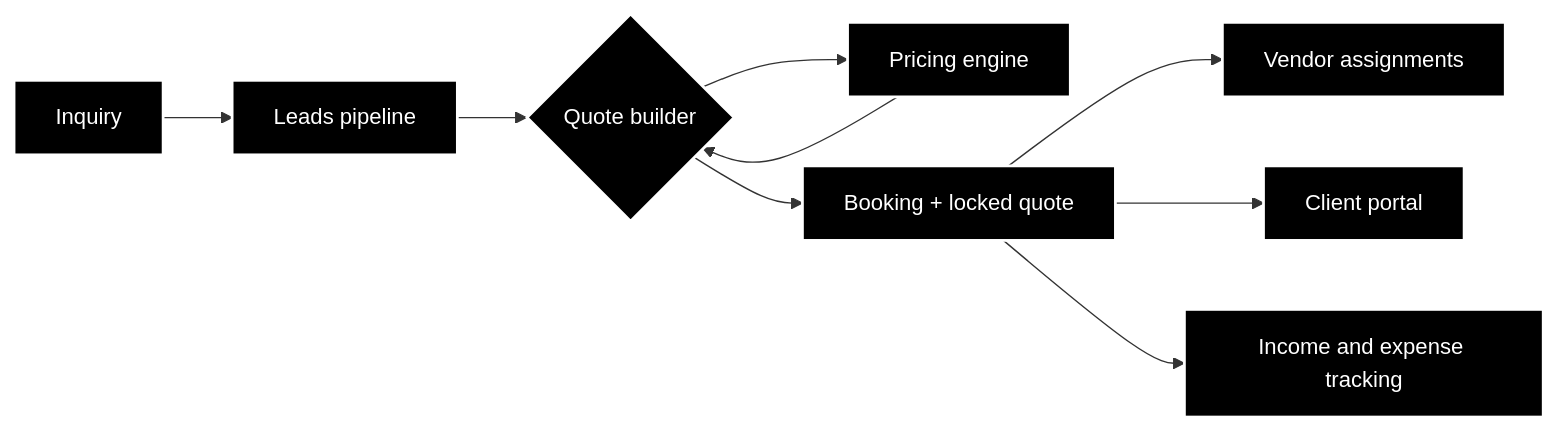
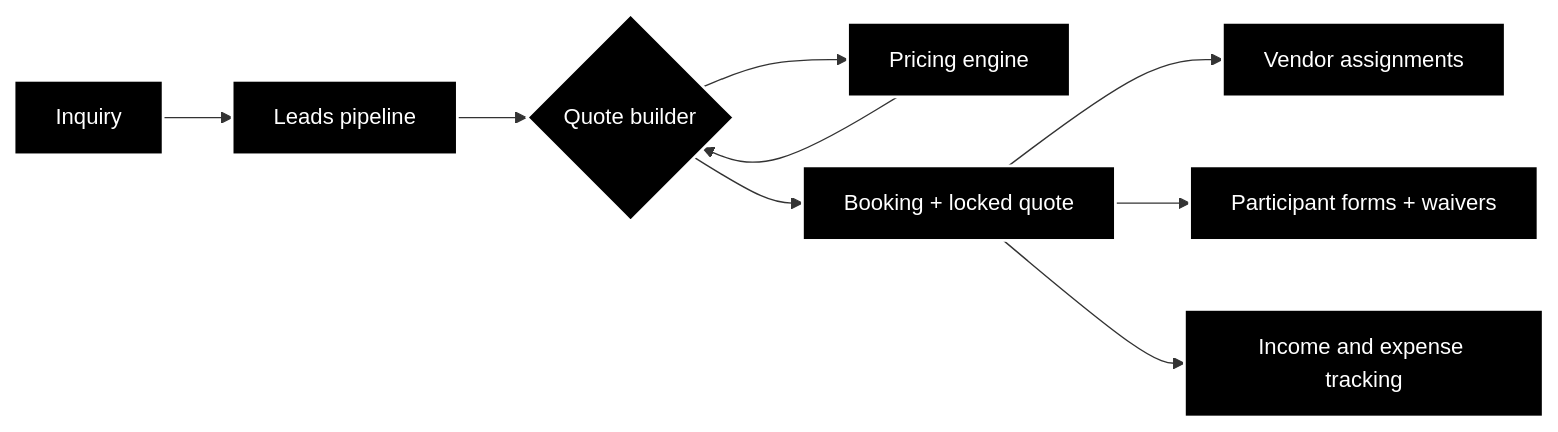
The diagram in README.md (jamisonhines/vagabond-ops-case-study), drawn with Mermaid before and after one commit. The commit also changed other lines of this file, not shown here.

````diff
--- a/README.md
+++ b/README.md
@@ -27,12 +29,12 @@
 ```mermaid
 flowchart LR
   classDef default fill:#000,color:#fff,stroke:#fff,stroke-width:2px
   A[Inquiry] --> B[Leads pipeline]
   B --> C{Quote builder}
   C --> D[Pricing engine]
   D --> C
   C --> E[Booking + locked quote]
   E --> F[Vendor assignments]
-  E --> G[Client portal]
+  E --> G[Participant forms + waivers]
   E --> H[Income and expense tracking]
 ```
````
